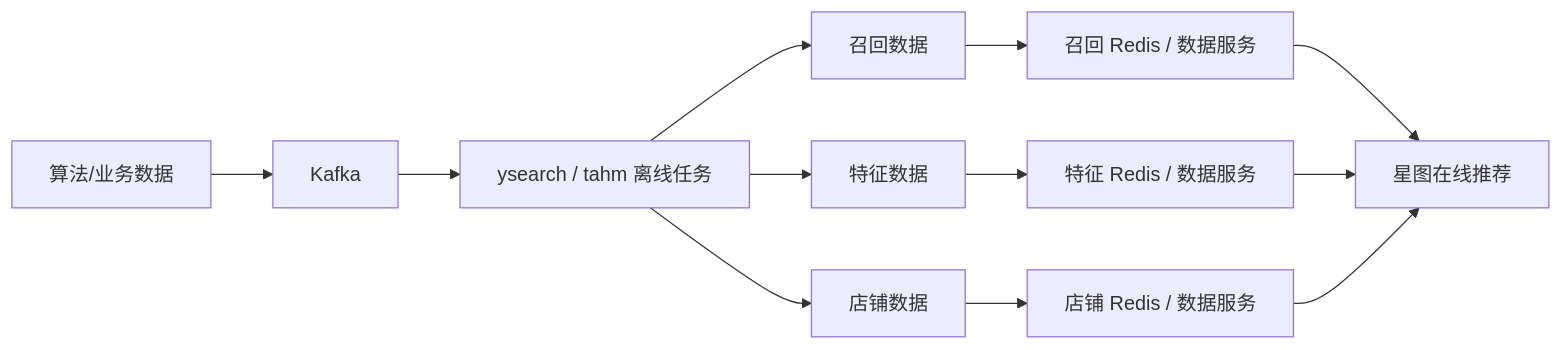
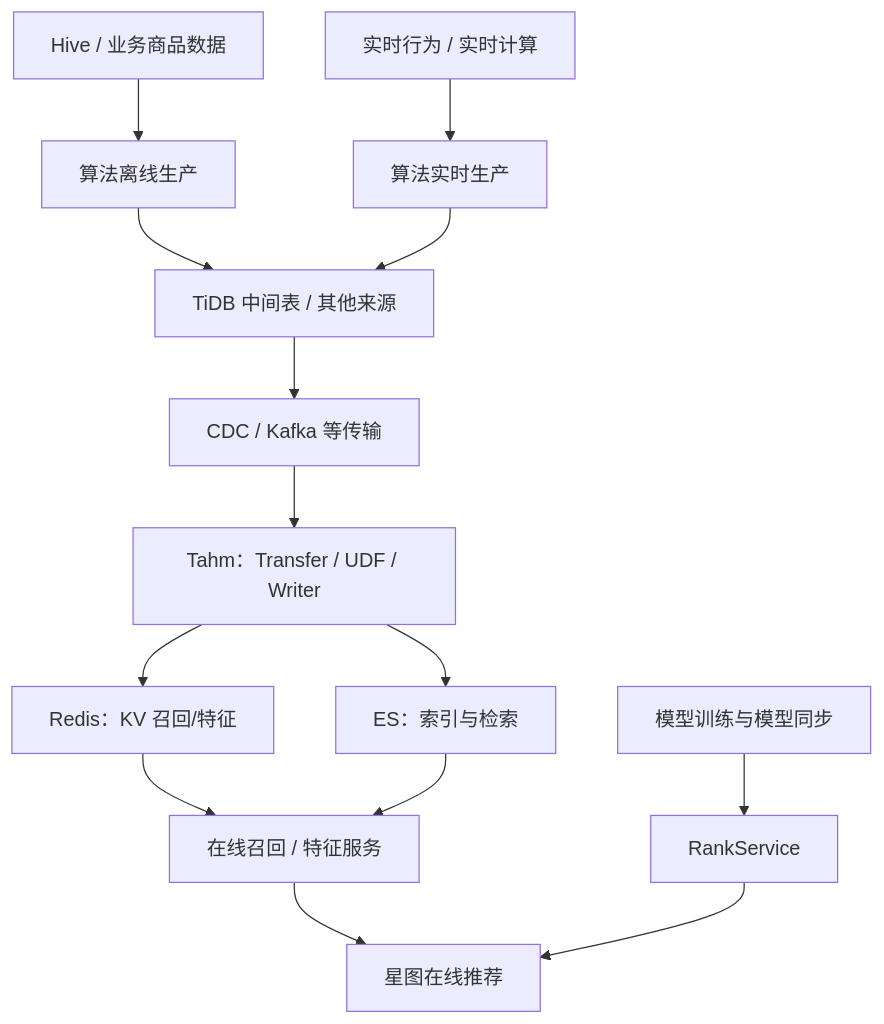
Diagram 15 of 24 in weekly-report/recommendation-engineering-business-background.md (sgfd-ui/internship), drawn with Mermaid before and after one commit. The commit also changed other lines of this file, not shown here.

Commit message:
docs: 按Hive/TiDB/CDC/Kafka/Tahm解释召回特征离线与实时同步

````diff
--- a/weekly-report/recommendation-engineering-business-background.md
+++ b/weekly-report/recommendation-engineering-business-background.md
@@ -1026,16 +1032,16 @@
-```mermaid
-flowchart LR
-    A[算法/业务数据] --> B[Kafka]
-    B --> C[ysearch / tahm 离线任务]
-    C --> D[召回数据]
-    C --> E[特征数据]
-    C --> F[店铺数据]
-
-    D --> G[召回 Redis / 数据服务]
-    E --> H[特征 Redis / 数据服务]
-    F --> I[店铺 Redis / 数据服务]
-
-    G --> J[星图在线推荐]
-    H --> J
+~~~mermaid
+flowchart TB
+    A["Hive / 业务商品数据"] --> B["算法离线生产"]
+    C["实时行为 / 实时计算"] --> D["算法实时生产"]
+    B --> E["TiDB 中间表 / 其他来源"]
+    D --> E
+    E --> F["CDC / Kafka 等传输"]
+    F --> G["Tahm：Transfer / UDF / Writer"]
+    G --> H["Redis：KV 召回/特征"]
+    G --> I["ES：索引与检索"]
+    H --> J["在线召回 / 特征服务"]
     I --> J
-```
+    K["模型训练与模型同步"] --> L["RankService"]
+    J --> M["星图在线推荐"]
+    L --> M
+~~~
````
